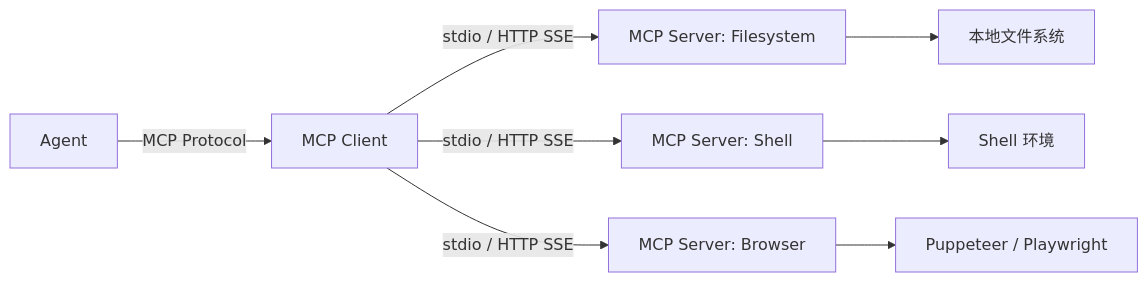
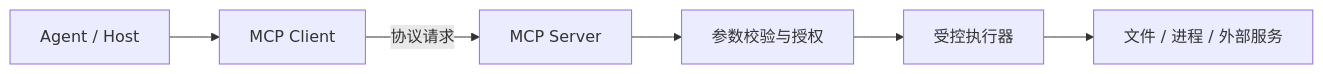
The third of 4 diagrams in _posts/2026-05-22-harness-engineering-agent-kernel.md (YangCazz/YangCazz.github.io), drawn with Mermaid before and after one commit. The commit also changed other lines of this file and 5 other files, not shown here.

````diff
--- a/_posts/2026-05-22-harness-engineering-agent-kernel.md
+++ b/_posts/2026-05-22-harness-engineering-agent-kernel.md
@@ -223,11 +179,8 @@
 ```mermaid
 flowchart LR
-    Agent["Agent"] -->|"MCP Protocol"| MCPClient["MCP Client"]
-    MCPClient -->|"stdio / HTTP SSE"| MCPServer1["MCP Server: Filesystem"]
-    MCPClient -->|"stdio / HTTP SSE"| MCPServer2["MCP Server: Shell"]
-    MCPClient -->|"stdio / HTTP SSE"| MCPServer3["MCP Server: Browser"]
-    
-    MCPServer1 --> FS["本地文件系统"]
-    MCPServer2 --> Shell["Shell 环境"]
-    MCPServer3 --> Browser["Puppeteer / Playwright"]
+    Agent["Agent / Host"] --> Client["MCP Client"]
+    Client -->|"协议请求"| Server["MCP Server"]
+    Server --> Policy["参数校验与授权"]
+    Policy --> Runtime["受控执行器"]
+    Runtime --> Resource["文件 / 进程 / 外部服务"]
 ```
````
